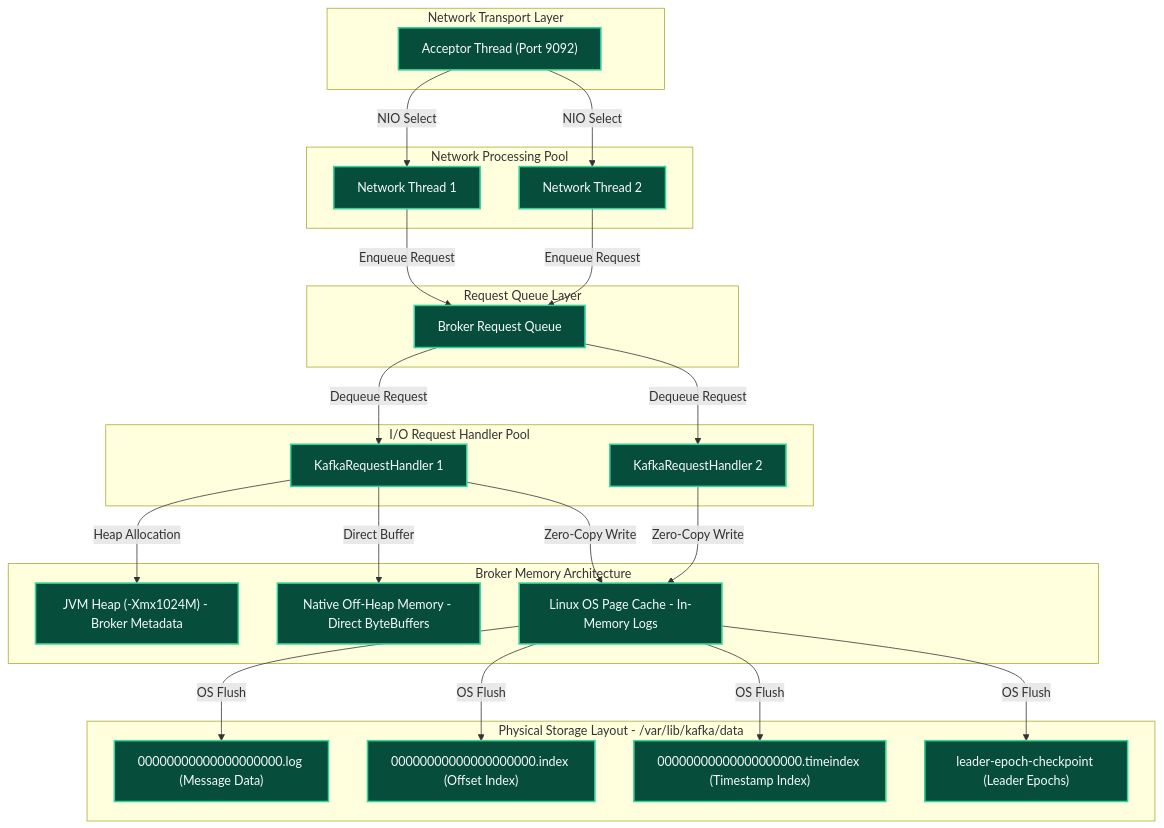
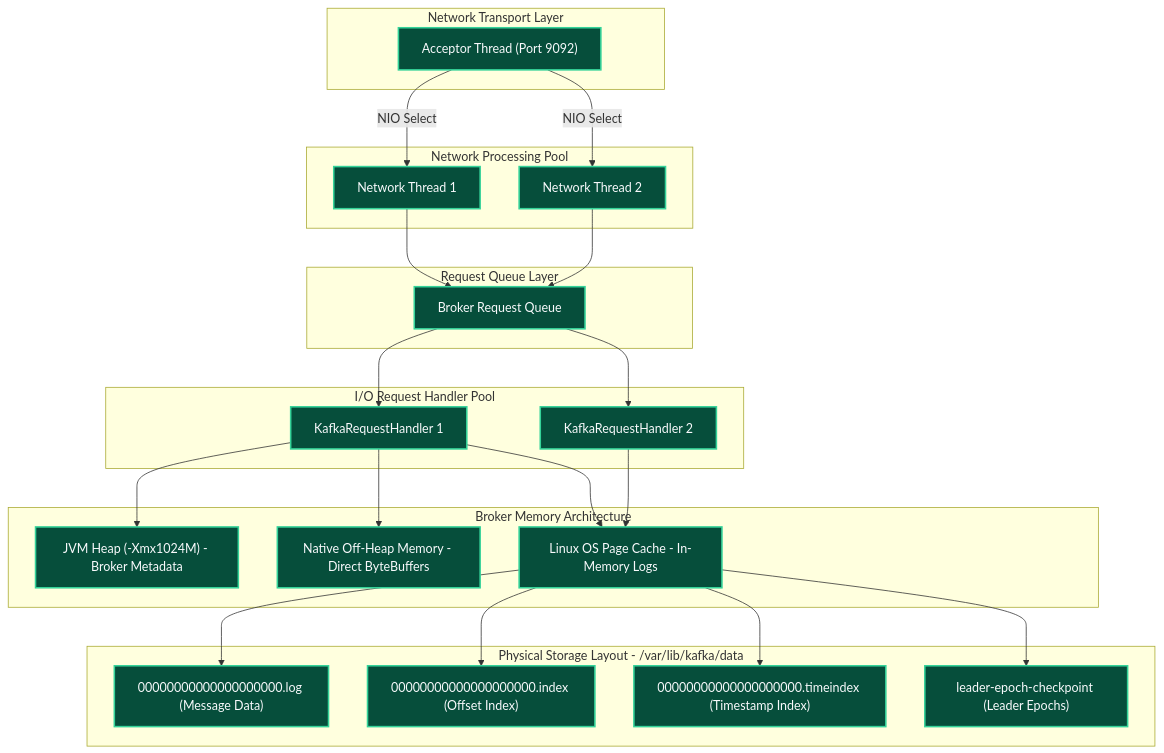
One commit to Chief-Strategist-J/llm-obs-infra changed the fourth of 48 diagrams in docs/configDoc/kafka-configuration-guide.md. Above: the diagram before and after it, drawn with Mermaid. The commit also changed other lines of this file, not shown here.

Commit message:
fix(docs): resolve all Mermaid diagram syntax and layout rendering issues in kafka configuration guide

````diff
--- a/docs/configDoc/kafka-configuration-guide.md
+++ b/docs/configDoc/kafka-configuration-guide.md
@@ -545,66 +551,66 @@
 ```mermaid
 graph TB
     subgraph AcceptorLayer ["Network Transport Layer"]
         Acceptor["Acceptor Thread (Port 9092)"]
     end
 
     subgraph NetworkThreadPool ["Network Processing Pool"]
         NetThread1["Network Thread 1"]
         NetThread2["Network Thread 2"]
     end
 
     subgraph RequestQueueLayer ["Request Queue Layer"]
         RequestQueue["Broker Request Queue"]
     end
 
     subgraph HandlerThreadPool ["I/O Request Handler Pool"]
         IOThread1["KafkaRequestHandler 1"]
         IOThread2["KafkaRequestHandler 2"]
     end
 
     subgraph MemoryArchitecture ["Broker Memory Architecture"]
         JVMHeap["JVM Heap (-Xmx1024M) - Broker Metadata"]
         NativeMem["Native Off-Heap Memory - Direct ByteBuffers"]
         PageCache["Linux OS Page Cache - In-Memory Logs"]
     end
 
     subgraph StorageLayout ["Physical Storage Layout - /var/lib/kafka/data"]
         LogFile["00000000000000000000.log (Message Data)"]
         IndexFile["00000000000000000000.index (Offset Index)"]
         TimeIndex["00000000000000000000.timeindex (Timestamp Index)"]
         EpochFile["leader-epoch-checkpoint (Leader Epochs)"]
     end
 
     Acceptor -->|NIO Select| NetThread1
     Acceptor -->|NIO Select| NetThread2
 
-    NetThread1 -->|Enqueue Request| RequestQueue
-    NetThread2 -->|Enqueue Request| RequestQueue
+    NetThread1 --> RequestQueue
+    NetThread2 --> RequestQueue
 
-    RequestQueue -->|Dequeue Request| IOThread1
-    RequestQueue -->|Dequeue Request| IOThread2
+    RequestQueue --> IOThread1
+    RequestQueue --> IOThread2
 
-    IOThread1 -->|Heap Allocation| JVMHeap
-    IOThread1 -->|Direct Buffer| NativeMem
-    IOThread1 -->|Zero-Copy Write| PageCache
-    IOThread2 -->|Zero-Copy Write| PageCache
+    IOThread1 --> JVMHeap
+    IOThread1 --> NativeMem
+    IOThread1 --> PageCache
+    IOThread2 --> PageCache
 
-    PageCache -->|OS Flush| LogFile
-    PageCache -->|OS Flush| IndexFile
-    PageCache -->|OS Flush| TimeIndex
-    PageCache -->|OS Flush| EpochFile
+    PageCache --> LogFile
+    PageCache --> IndexFile
+    PageCache --> TimeIndex
+    PageCache --> EpochFile
 
     style Acceptor fill:#064e3b,stroke:#34d399,stroke-width:2px,color:#f8fafc
     style NetThread1 fill:#064e3b,stroke:#34d399,stroke-width:2px,color:#f8fafc
     style NetThread2 fill:#064e3b,stroke:#34d399,stroke-width:2px,color:#f8fafc
     style RequestQueue fill:#064e3b,stroke:#34d399,stroke-width:2px,color:#f8fafc
     style IOThread1 fill:#064e3b,stroke:#34d399,stroke-width:2px,color:#f8fafc
     style IOThread2 fill:#064e3b,stroke:#34d399,stroke-width:2px,color:#f8fafc
     style JVMHeap fill:#064e3b,stroke:#34d399,stroke-width:2px,color:#f8fafc
     style NativeMem fill:#064e3b,stroke:#34d399,stroke-width:2px,color:#f8fafc
     style PageCache fill:#064e3b,stroke:#34d399,stroke-width:2px,color:#f8fafc
     style LogFile fill:#064e3b,stroke:#34d399,stroke-width:2px,color:#f8fafc
     style IndexFile fill:#064e3b,stroke:#34d399,stroke-width:2px,color:#f8fafc
     style TimeIndex fill:#064e3b,stroke:#34d399,stroke-width:2px,color:#f8fafc
     style EpochFile fill:#064e3b,stroke:#34d399,stroke-width:2px,color:#f8fafc
 ```
````
